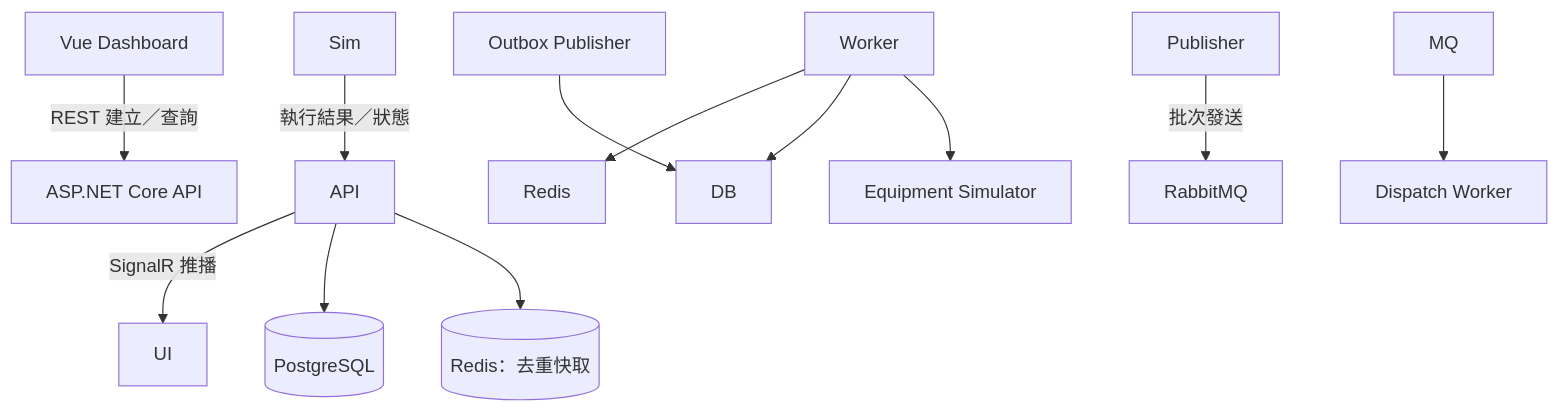
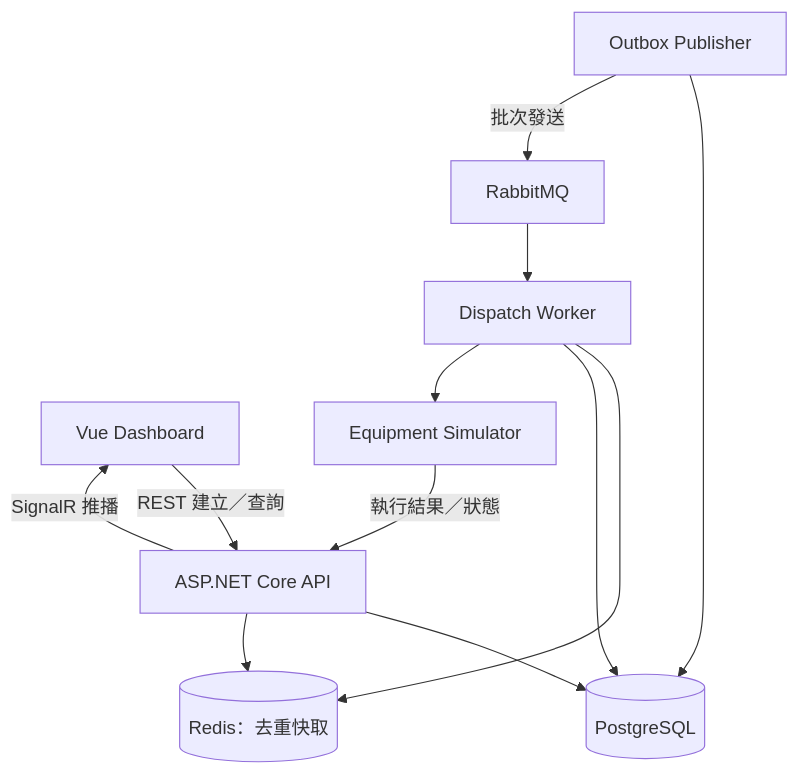
Before and after one commit to Shadow0607/MiniFactory: the first of 3 diagrams in README.md, drawn with Mermaid. The commit also changed other lines of this file, not shown here.

Commit message:
修正 Mermaid 圖表格式，統一排版以增強可讀性

````diff
--- a/README.md
+++ b/README.md
@@ -42,14 +42,14 @@
 ```mermaid
 flowchart TD
-    UI\["Vue Dashboard"] -->|REST 建立／查詢| API\["ASP.NET Core API"]
+  UI["Vue Dashboard"] -->|REST 建立／查詢| API["ASP.NET Core API"]
     API -->|SignalR 推播| UI
-    API --> DB\[(PostgreSQL)]
-    API --> Redis\[(Redis：去重快取)]
+  API --> DB[(PostgreSQL)]
+  API --> Redis[(Redis：去重快取)]
     Worker --> Redis
-    Publisher\["Outbox Publisher"] --> DB
-    Publisher -->|批次發送| MQ\["RabbitMQ"]
-    MQ --> Worker\["Dispatch Worker"]
+  Publisher["Outbox Publisher"] --> DB
+  Publisher -->|批次發送| MQ["RabbitMQ"]
+  MQ --> Worker["Dispatch Worker"]
     Worker --> DB
-    Worker --> Sim\["Equipment Simulator"]
+  Worker --> Sim["Equipment Simulator"]
     Sim -->|執行結果／狀態| API
 ```
````
